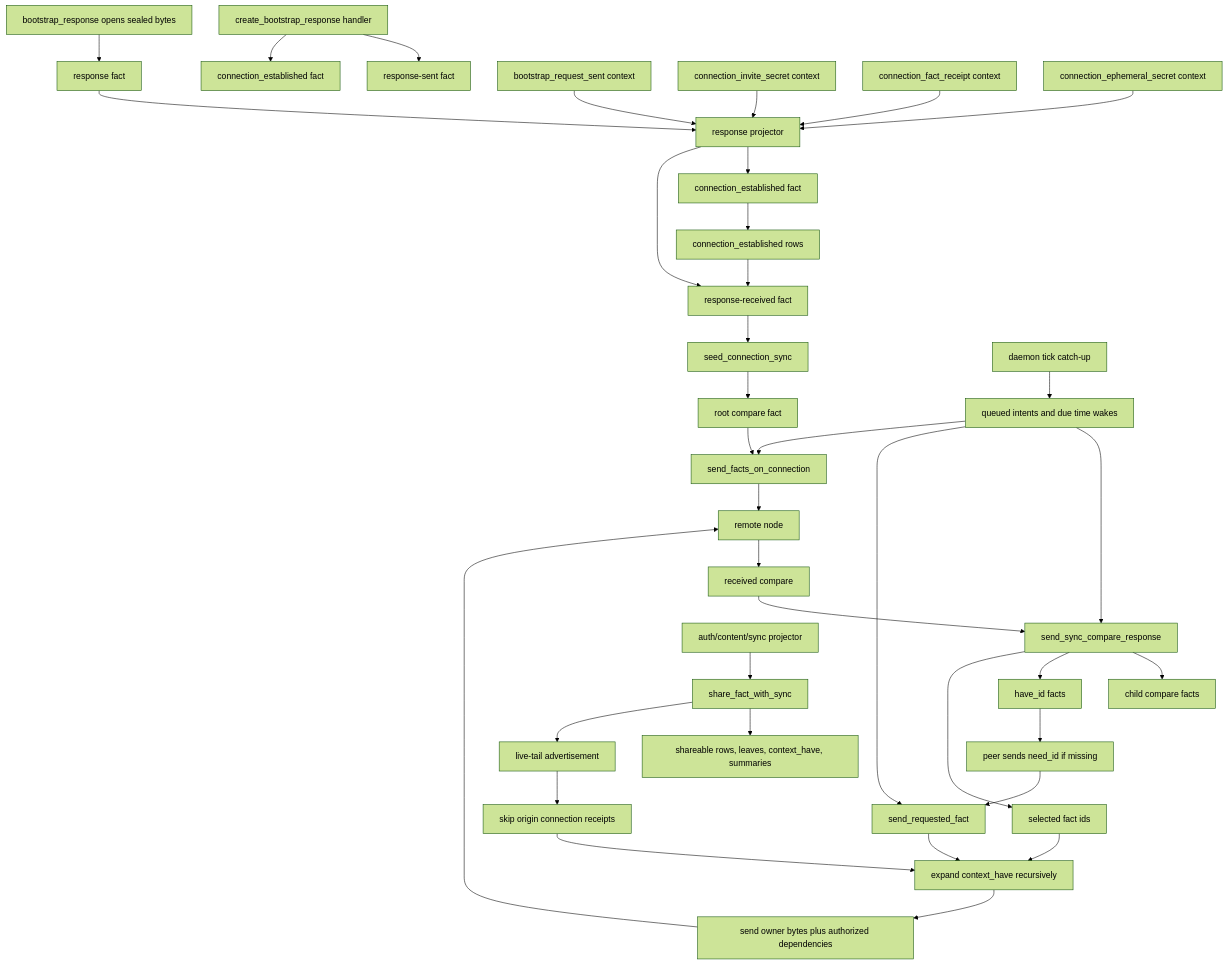
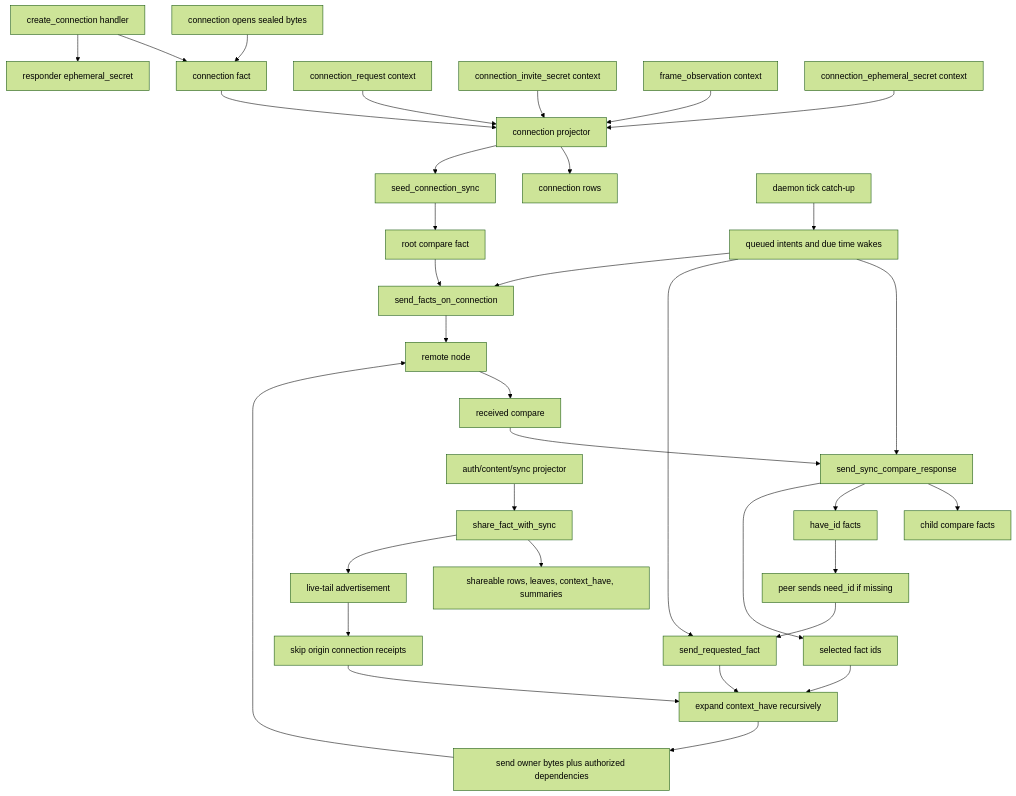
One commit to holmesworcester/poc-10 changed the fifth of 6 diagrams in ARCHITECTURE_DIAGRAMS.md. Above: the diagram before and after it, drawn with Mermaid (forest theme). The commit also changed other lines of this file and 153 other files, not shown here.

````diff
--- a/ARCHITECTURE_DIAGRAMS.md
+++ b/ARCHITECTURE_DIAGRAMS.md
@@ -214,44 +210,41 @@
 ```mermaid
 %%{init: {"flowchart": {"wrappingWidth": 340}} }%%
 flowchart TD
-    BOOT_RESP["bootstrap_response opens sealed bytes"] --> RESP_FACT["response fact"]
-    RESPONDER["create_bootstrap_response handler"] --> RESP_SENT["response-sent fact"]
-    RESPONDER --> ESTABLISHED_AUTHOR["connection_established fact"]
-    REQUEST_CTX["bootstrap_request_sent context"] --> RESP_PROJECTOR["response projector"]
+    BOOT_RESP["connection opens sealed bytes"] --> RESP_FACT["connection fact"]
+    RESPONDER["create_connection handler"] --> RESP_FACT
+    RESPONDER --> RESP_SECRET["responder ephemeral_secret"]
+    REQUEST_CTX["connection_request context"] --> RESP_PROJECTOR["connection projector"]
     INVITE_CTX["connection_invite_secret context"] --> RESP_PROJECTOR
-    RECEIPT_CTX["connection_fact_receipt context"] --> RESP_PROJECTOR
+    OBS_CTX["frame_observation context"] --> RESP_PROJECTOR
     EPHEMERAL_CTX["connection_ephemeral_secret context"] --> RESP_PROJECTOR
     RESP_FACT --> RESP_PROJECTOR
-    RESP_PROJECTOR --> ESTABLISHED_FACT["connection_established fact"]
-    RESP_PROJECTOR --> RESP_RECEIVED["response-received fact"]
-    ESTABLISHED_FACT --> ESTABLISHED_ROWS["connection_established rows"]
-    ESTABLISHED_ROWS --> RESP_RECEIVED
-    RESP_RECEIVED --> SEED["seed_connection_sync"]
+    RESP_PROJECTOR --> CONNECTION_ROWS["connection rows"]
+    RESP_PROJECTOR --> SEED["seed_connection_sync"]
     SEED --> ROOT_COMPARE["root compare fact"]
     ROOT_COMPARE --> SEND_COMPARE["send_facts_on_connection"]
     SEND_COMPARE --> PEER["remote node"]
 
     PEER --> PEER_COMPARE["received compare"]
     PEER_COMPARE --> COMPARE_HANDLER["send_sync_compare_response"]
     COMPARE_HANDLER --> CHILD_COMPARE["child compare facts"]
     COMPARE_HANDLER --> HAVE["have_id facts"]
     COMPARE_HANDLER --> SELECT["selected fact ids"]
     SELECT --> EXPAND["expand context_have recursively"]
     EXPAND --> SEND_BYTES["send owner bytes plus authorized dependencies"]
     SEND_BYTES --> PEER
 
     HAVE --> PEER_NEED["peer sends need_id if missing"]
     PEER_NEED --> SEND_REQUESTED["send_requested_fact"]
     SEND_REQUESTED --> EXPAND
 
     OWNER_PROJECTOR["auth/content/sync projector"] --> SHARE["share_fact_with_sync"]
     SHARE --> INDEX["shareable rows, leaves, context_have, summaries"]
     SHARE --> LIVE["live-tail advertisement"]
     LIVE --> ORIGIN_FILTER["skip origin connection receipts"]
     ORIGIN_FILTER --> EXPAND
 
     TICK["daemon tick catch-up"] --> QUEUED["queued intents and due time wakes"]
     QUEUED --> COMPARE_HANDLER
     QUEUED --> SEND_REQUESTED
     QUEUED --> SEND_COMPARE
 ```
````
